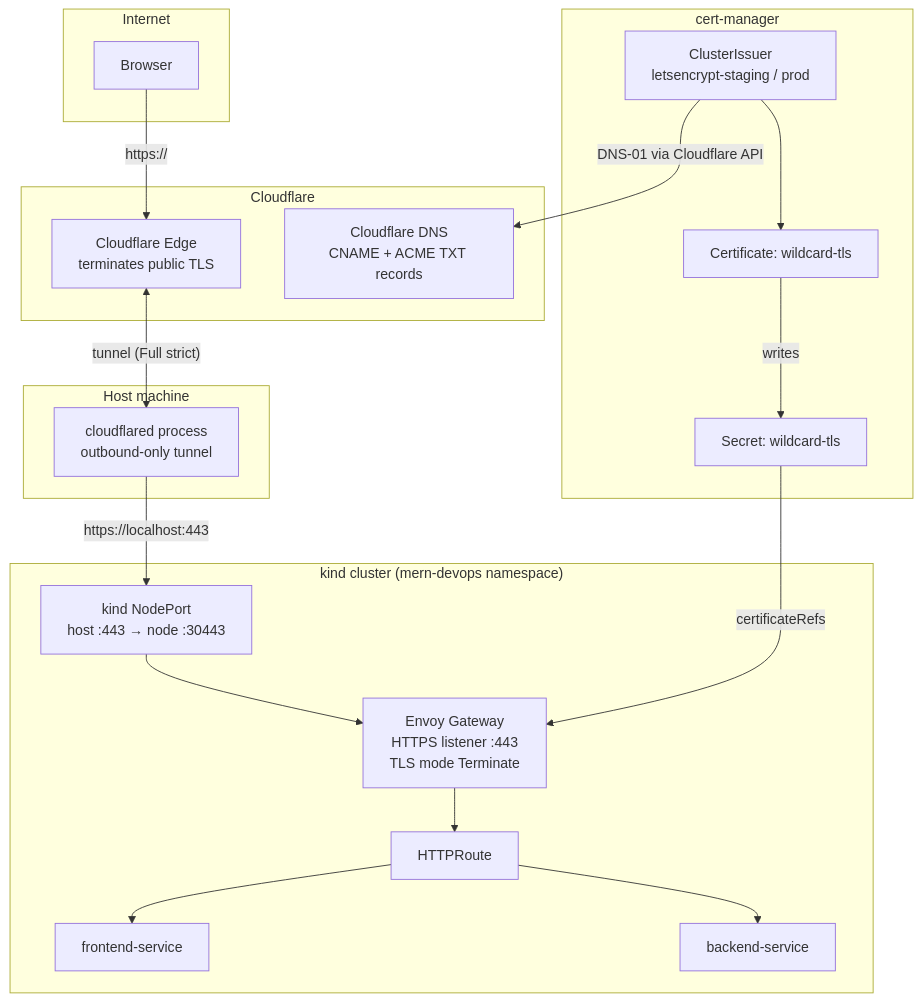
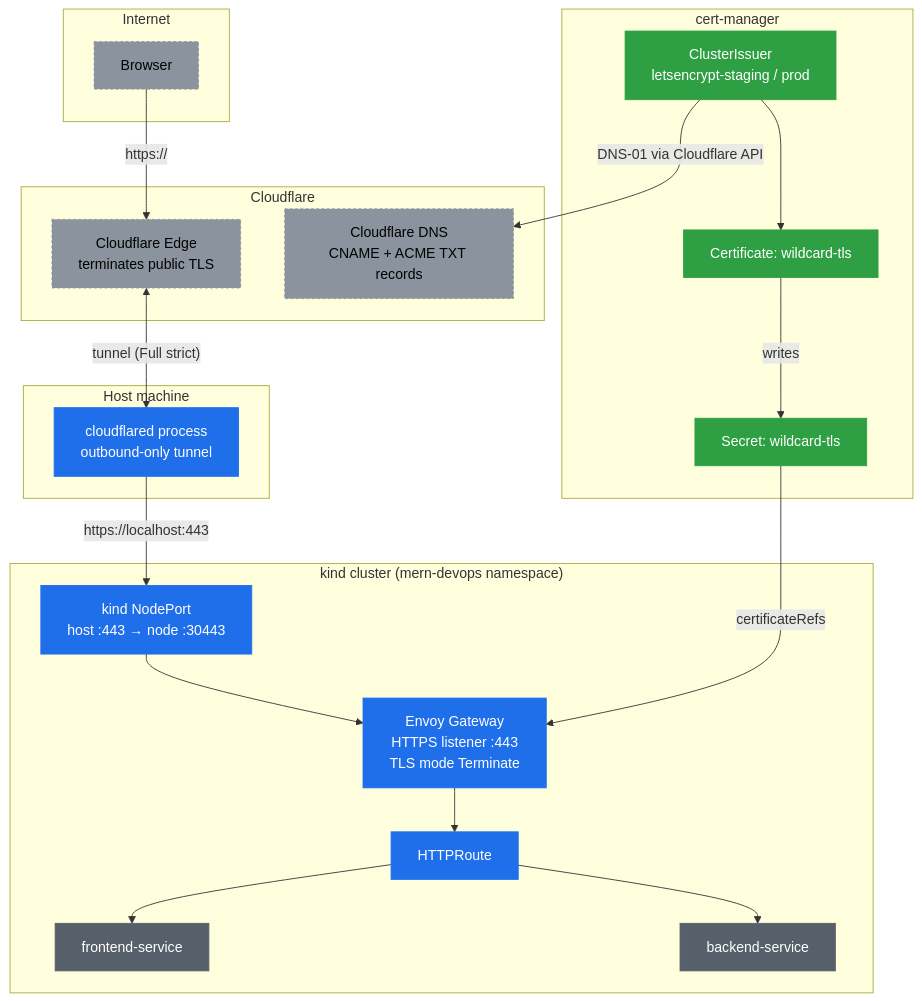
Before and after one commit to atkaridarshan04/cloudnative-devops-blueprint: the first of 2 diagrams in docs/public-access-cloudflare-tunnel.md, drawn with Mermaid. The commit also changed 24 other files, not shown here.

Commit message:
docs: fix doc/manifest mismatches, trim noisy comments, improve diagrams, reorganize assets, drop dead config

````diff
--- a/docs/public-access-cloudflare-tunnel.md
+++ b/docs/public-access-cloudflare-tunnel.md
@@ -21,42 +21,52 @@
 ```mermaid
 flowchart TD
     subgraph Internet
         Browser[Browser]
     end
 
     subgraph Cloudflare
         Edge[Cloudflare Edge<br/>terminates public TLS]
         DNS[Cloudflare DNS<br/>CNAME + ACME TXT records]
     end
 
     subgraph "Host machine"
         Tunnel[cloudflared process<br/>outbound-only tunnel]
     end
 
     subgraph "kind cluster (mern-devops namespace)"
         NP[kind NodePort<br/>host :443 → node :30443]
         GW[Envoy Gateway<br/>HTTPS listener :443<br/>TLS mode Terminate]
         Route[HTTPRoute]
         FE[frontend-service]
         BE[backend-service]
     end
 
     subgraph "cert-manager"
         CI[ClusterIssuer<br/>letsencrypt-staging / prod]
         Cert[Certificate: wildcard-tls]
         Secret[Secret: wildcard-tls]
     end
 
     Browser -->|"https://<hostname>"| Edge
     Edge <-->|"tunnel (Full strict)"| Tunnel
     Tunnel -->|"https://localhost:443"| NP
     NP --> GW
     GW --> Route
     Route --> FE
     Route --> BE
 
     CI -->|DNS-01 via Cloudflare API| DNS
     CI --> Cert
     Cert -->|writes| Secret
     Secret -->|certificateRefs| GW
+
+    classDef gateway fill:#1f6feb,color:#fff,stroke:#1f6feb
+    classDef certmgr fill:#2ea043,color:#fff,stroke:#2ea043
+    classDef app fill:#57606a,color:#fff,stroke:#57606a
+    classDef external fill:#8b949e,color:#000,stroke:#8b949e,stroke-dasharray: 3 3
+
+    class Browser,Edge,DNS external
+    class Tunnel,NP,GW,Route gateway
+    class FE,BE app
+    class CI,Cert,Secret certmgr
 ```
````
